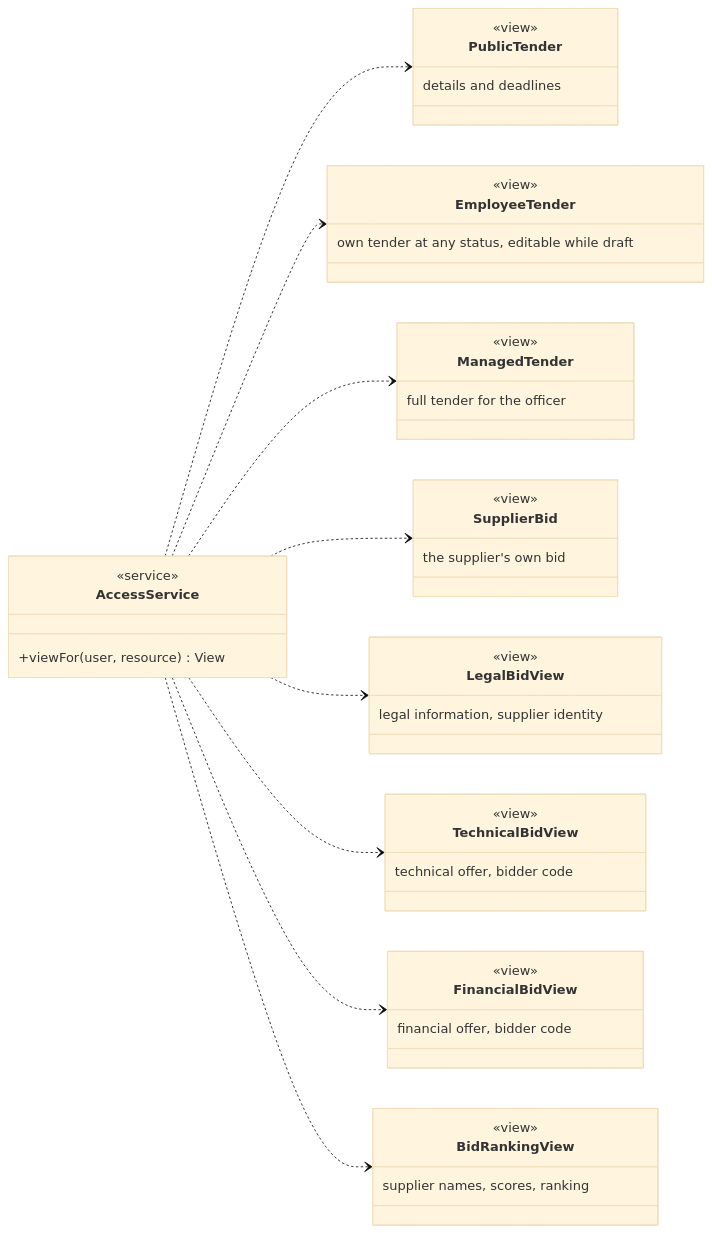
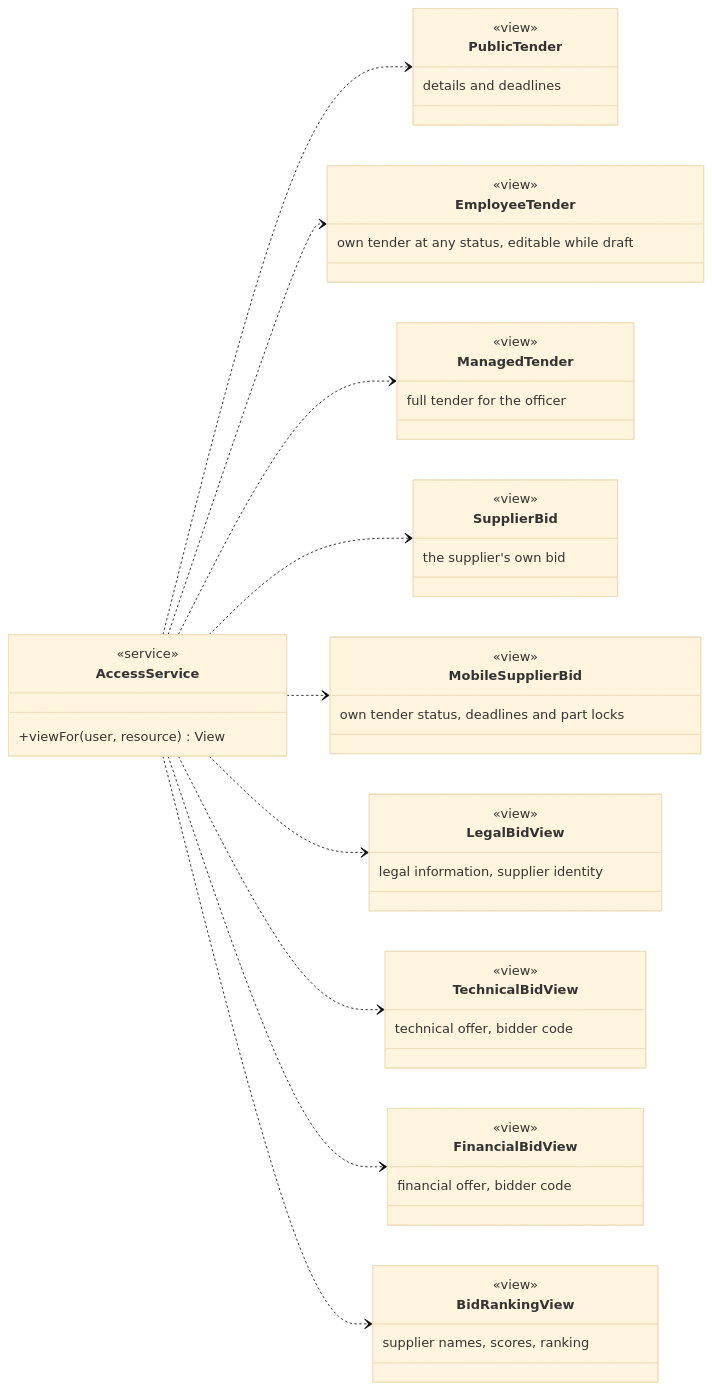
Before and after one commit to majedhmoud/b4f-akf-tender-supplier-management: the third of 3 diagrams in docs/05_ARCHITECTURE/CLASS_DIAGRAM.md, drawn with Mermaid (base theme). The commit also changed 119 other files, not shown here.

````diff
--- a/docs/05_ARCHITECTURE/CLASS_DIAGRAM.md
+++ b/docs/05_ARCHITECTURE/CLASS_DIAGRAM.md
@@ -247,48 +247,53 @@
 ```mermaid
 classDiagram
   direction LR
   class AccessService {
     <<service>>
     +viewFor(user, resource) View
   }
   class PublicTender {
     <<view>>
     details and deadlines
   }
   class EmployeeTender {
     <<view>>
     own tender at any status, editable while draft
   }
   class ManagedTender {
     <<view>>
     full tender for the officer
   }
   class SupplierBid {
     <<view>>
     the supplier's own bid
   }
+  class MobileSupplierBid {
+    <<view>>
+    own tender status, deadlines and part locks
+  }
   class LegalBidView {
     <<view>>
     legal information, supplier identity
   }
   class TechnicalBidView {
     <<view>>
     technical offer, bidder code
   }
   class FinancialBidView {
     <<view>>
     financial offer, bidder code
   }
   class BidRankingView {
     <<view>>
     supplier names, scores, ranking
   }
   AccessService ..> PublicTender
   AccessService ..> EmployeeTender
   AccessService ..> ManagedTender
   AccessService ..> SupplierBid
+  AccessService ..> MobileSupplierBid
   AccessService ..> LegalBidView
   AccessService ..> TechnicalBidView
   AccessService ..> FinancialBidView
   AccessService ..> BidRankingView
 ```
````
